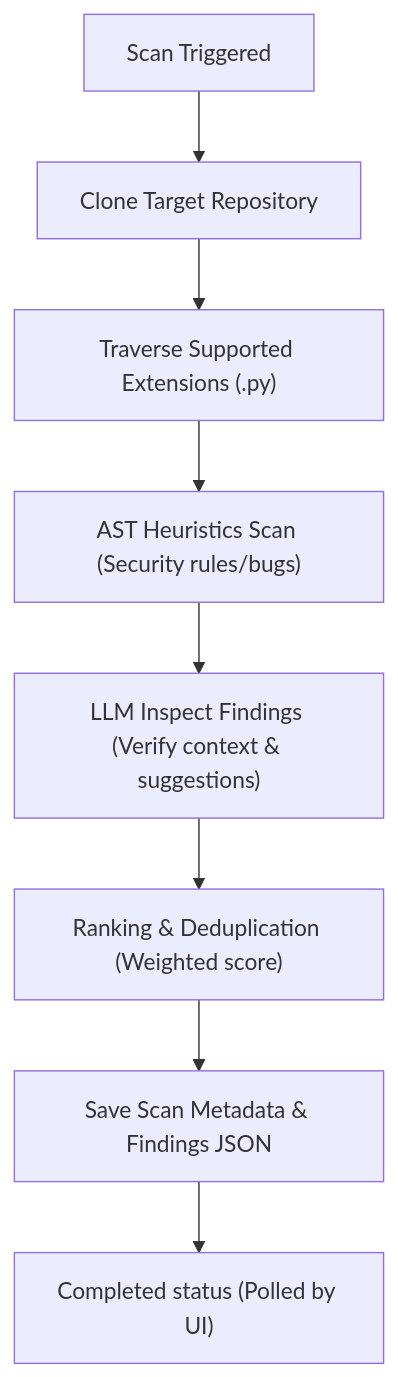
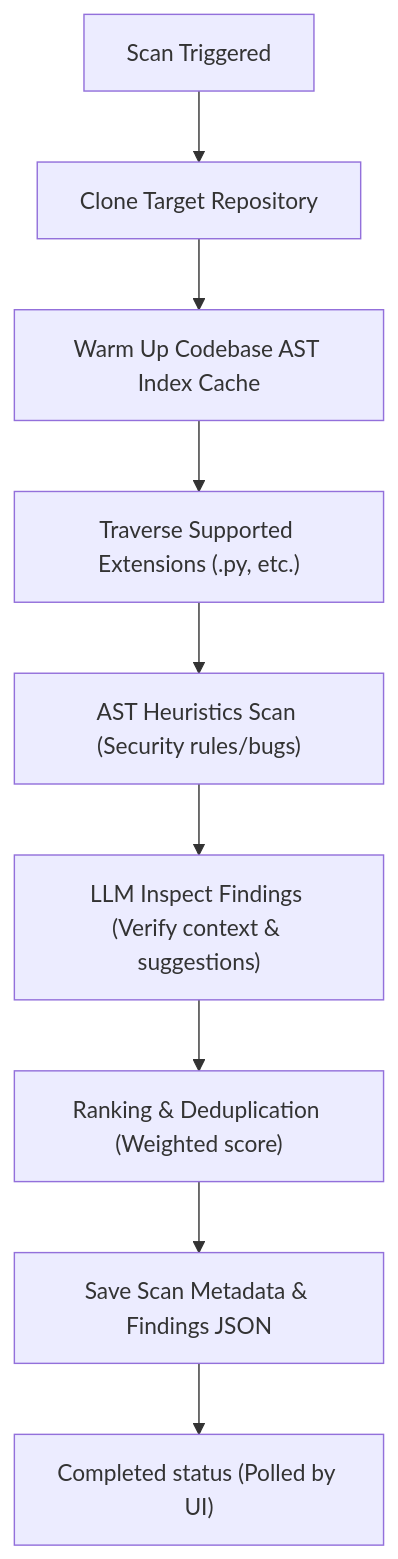
One commit to Reshal-006/rover changed the second of 6 diagrams in docs/architecture.md. Above: the diagram before and after it, drawn with Mermaid. The commit also changed other lines of this file and 72 other files, not shown here.

````diff
--- a/docs/architecture.md
+++ b/docs/architecture.md
@@ -39,10 +40,11 @@
 ```mermaid
 flowchart TD
     Start["Scan Triggered"] --> Clone["Clone Target Repository"]
-    Clone --> Traverse["Traverse Supported Extensions (.py)"]
+    Clone --> WarmupIndex["Warm Up Codebase AST Index Cache"]
+    WarmupIndex --> Traverse["Traverse Supported Extensions (.py, etc.)"]
     Traverse --> AST["AST Heuristics Scan (Security rules/bugs)"]
     AST --> LLM["LLM Inspect Findings (Verify context & suggestions)"]
     LLM --> Rank["Ranking & Deduplication (Weighted score)"]
     Rank --> Save["Save Scan Metadata & Findings JSON"]
     Save --> End["Completed status (Polled by UI)"]
 ```
````
